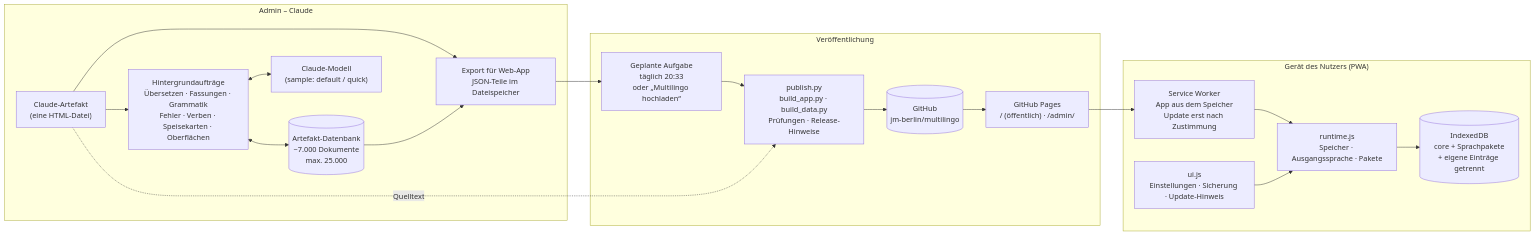
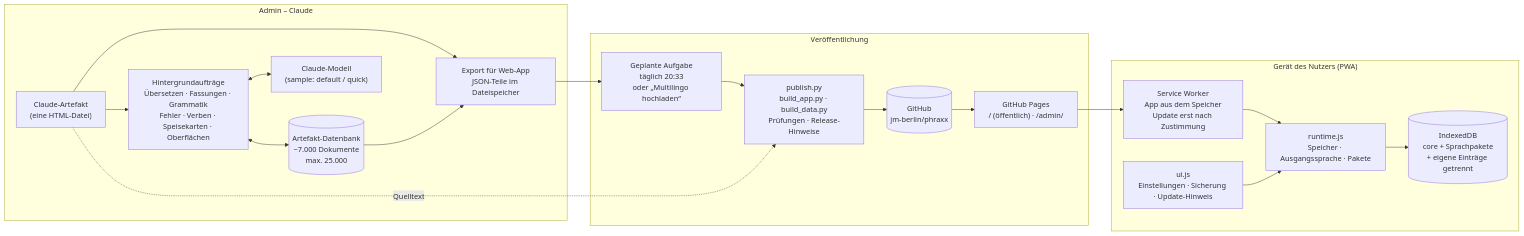
Before and after one commit to jm-berlin/fraxx: the first of 2 diagrams in docs/ARCHITEKTUR-PLAN.md, drawn with Mermaid. The commit also changed 5 other files, not shown here.

First line of the commit message:
Adresse jm-berlin.github.io/phraxx (Repository umbenannt)

````diff
--- a/docs/ARCHITEKTUR-PLAN.md
+++ b/docs/ARCHITEKTUR-PLAN.md
@@ -21,33 +21,33 @@
 ```mermaid
 flowchart LR
   subgraph ADMIN["Admin – Claude"]
     A1["Claude-Artefakt<br/>(eine HTML-Datei)"]
     A2["Hintergrundaufträge<br/>Übersetzen · Fassungen · Grammatik<br/>Fehler · Verben · Speisekarten · Oberflächen"]
     A3[("Artefakt-Datenbank<br/>~7.000 Dokumente<br/>max. 25.000")]
     A4["Claude-Modell<br/>(sample: default / quick)"]
     A5["Export für Web-App<br/>JSON-Teile im Dateispeicher"]
     A1 --> A2
     A2 <--> A4
     A2 <--> A3
     A1 --> A5
     A3 --> A5
   end
   subgraph PUB["Veröffentlichung"]
     P1["Geplante Aufgabe<br/>täglich 20:33<br/>oder „Multilingo hochladen“"]
     P2["publish.py<br/>build_app.py · build_data.py<br/>Prüfungen · Release-Hinweise"]
-    P3[("GitHub<br/>jm-berlin/multilingo")]
+    P3[("GitHub<br/>jm-berlin/phraxx")]
     P4["GitHub Pages<br/>/ (öffentlich) · /admin/"]
     P1 --> P2 --> P3 --> P4
   end
   subgraph DEV["Gerät des Nutzers (PWA)"]
     D1["Service Worker<br/>App aus dem Speicher<br/>Update erst nach Zustimmung"]
     D2["runtime.js<br/>Speicher · Ausgangssprache · Pakete"]
     D3["ui.js<br/>Einstellungen · Sicherung · Update-Hinweis"]
     D4[("IndexedDB<br/>core + Sprachpakete<br/>+ eigene Einträge getrennt")]
     D1 --> D2 --> D4
     D3 --> D2
   end
   A5 --> P1
   A1 -. Quelltext .-> P2
   P4 --> D1
 ```
````
